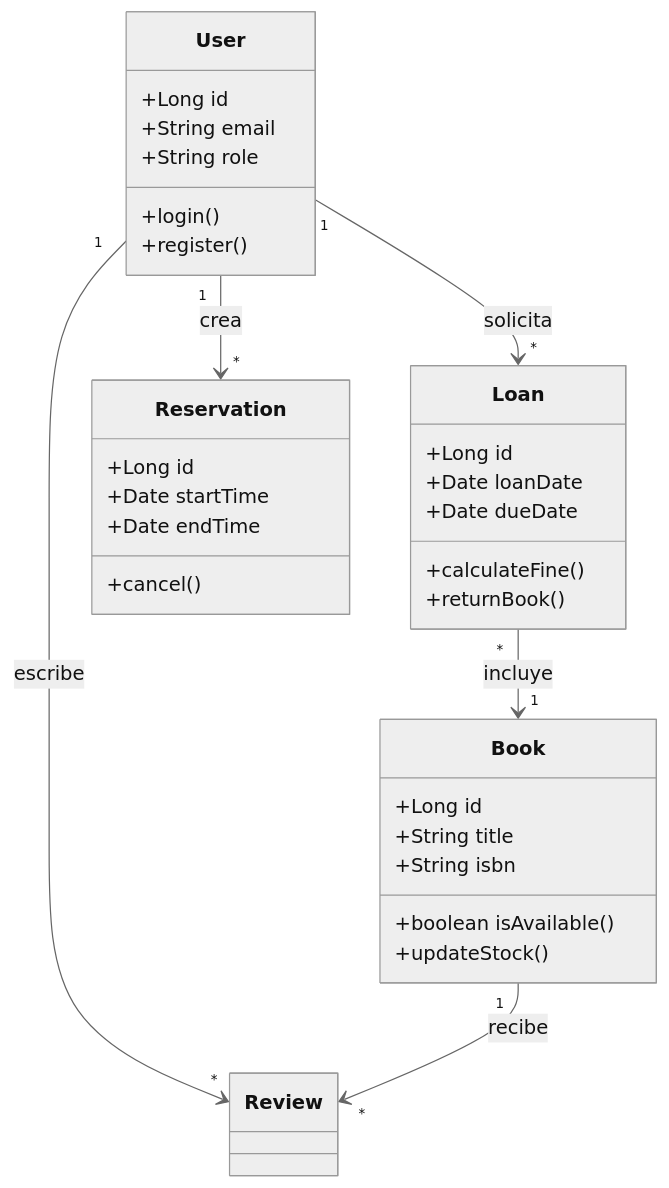
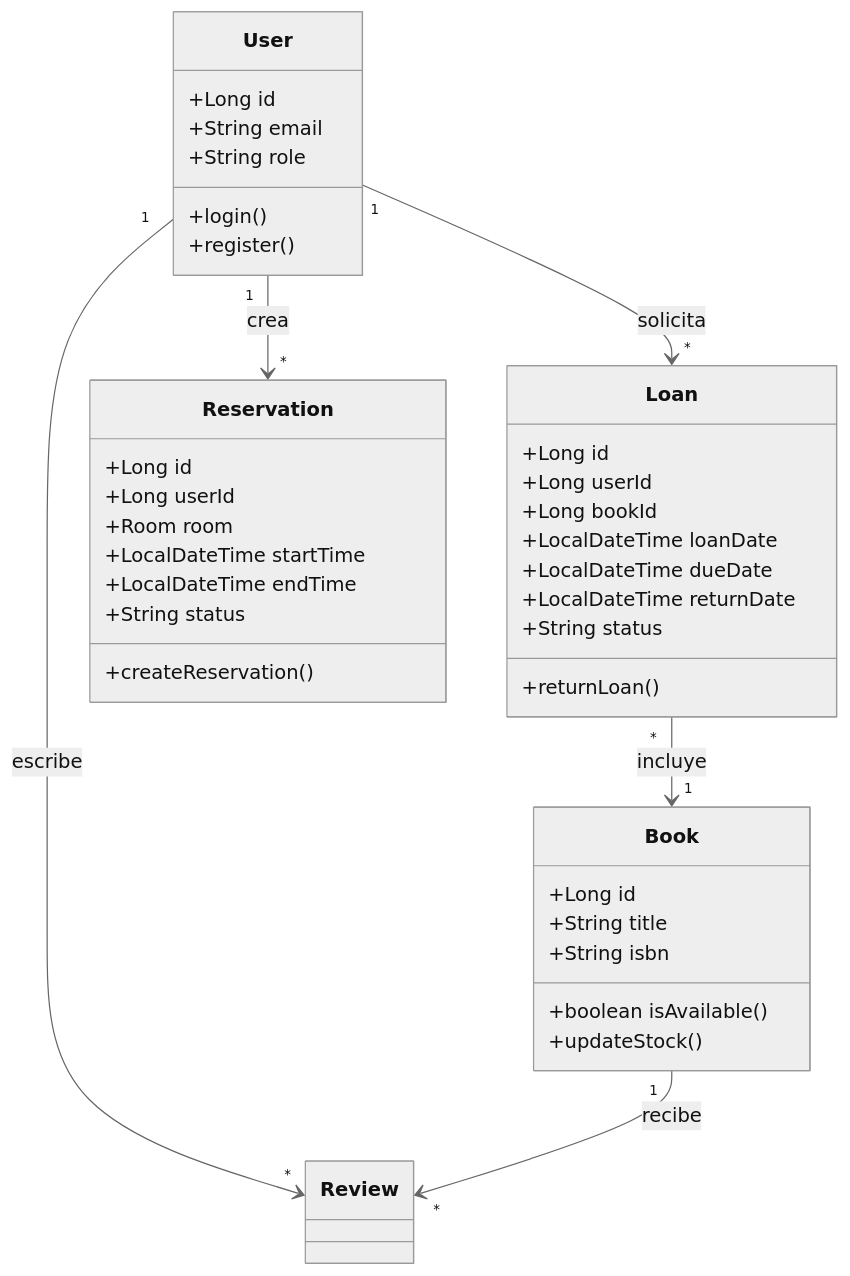
Before and after one commit to Elconter420/-LibroHub: the third of 3 diagrams in README.md, drawn with Mermaid (neutral theme). The commit also changed other lines of this file, not shown here.

````diff
--- a/README.md
+++ b/README.md
@@ -126,39 +126,45 @@
 ```mermaid
 classDiagram
     class User {
         +Long id
         +String email
         +String role
         +login()
         +register()
     }
     
     class Book {
         +Long id
         +String title
         +String isbn
         +boolean isAvailable()
         +updateStock()
     }
 
     class Loan {
         +Long id
-        +Date loanDate
-        +Date dueDate
-        +calculateFine()
-        +returnBook()
+        +Long userId
+        +Long bookId
+        +LocalDateTime loanDate
+        +LocalDateTime dueDate
+        +LocalDateTime returnDate
+        +String status
+        +returnLoan()
     }
 
     class Reservation {
         +Long id
-        +Date startTime
-        +Date endTime
-        +cancel()
+        +Long userId
+        +Room room
+        +LocalDateTime startTime
+        +LocalDateTime endTime
+        +String status
+        +createReservation()
     }
 
     User "1" --> "*" Loan : solicita
     User "1" --> "*" Reservation : crea
     User "1" --> "*" Review : escribe
     Book "1" --> "*" Review : recibe
     Loan "*" --> "1" Book : incluye
 ```
````
